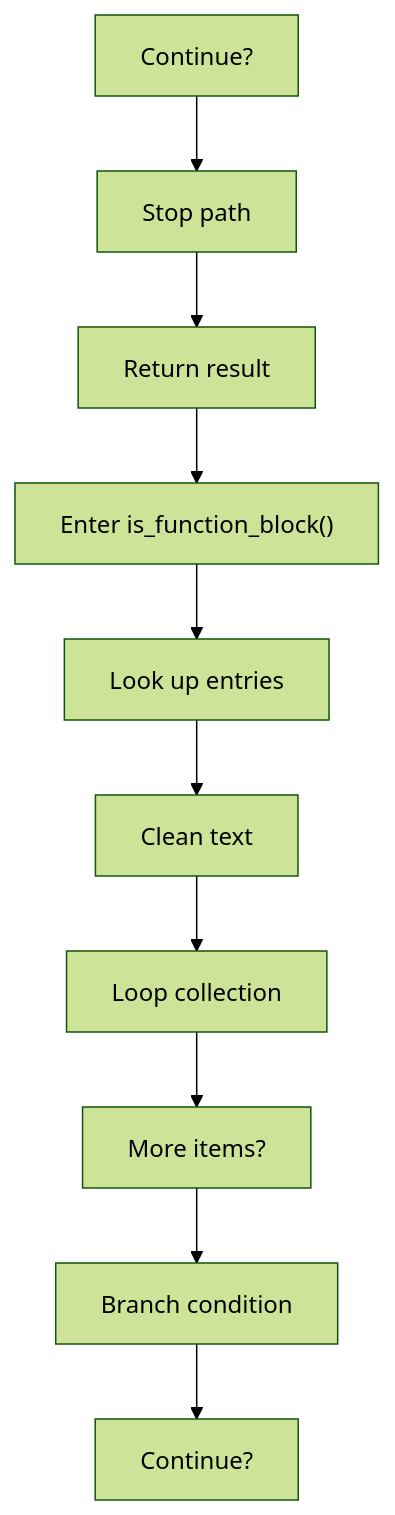
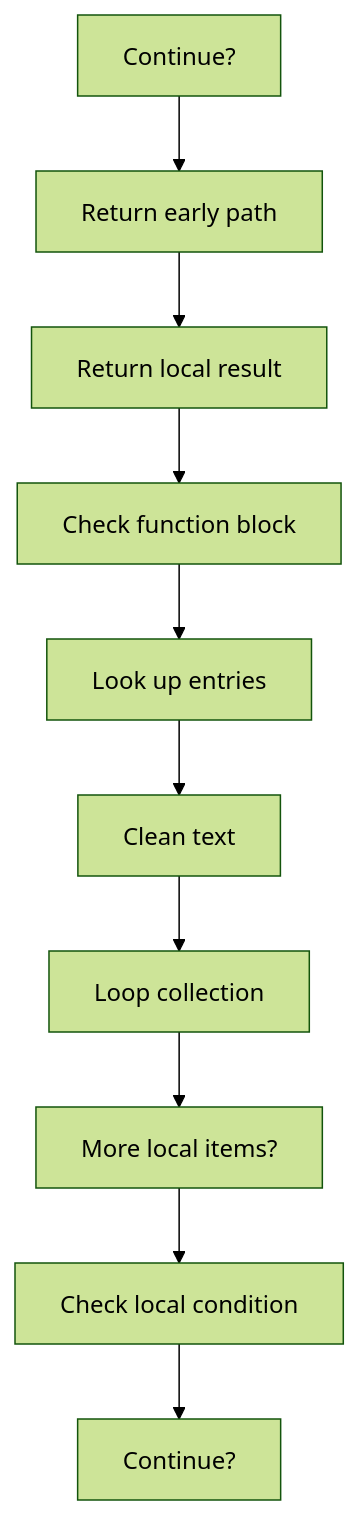
Before and after one commit to JohnAndrewBalbarosa/NeoTerritory: the seventh of 9 diagrams in docs/Codebase/Microservice/Modules/Source/Analysis/ImplementationUse/Resolution/Symbols/Resolve/Flow/symbols_utils_program_flow.cpp.md, drawn with Mermaid (forest theme). The commit also changed other lines of this file and 925 other files, not shown here.

````diff
--- a/docs/Codebase/Microservice/Modules/Source/Analysis/ImplementationUse/Resolution/Symbols/Resolve/Flow/symbols_utils_program_flow.cpp.md
+++ b/docs/Codebase/Microservice/Modules/Source/Analysis/ImplementationUse/Resolution/Symbols/Resolve/Flow/symbols_utils_program_flow.cpp.md
@@ -171,22 +171,22 @@
 ```mermaid
 flowchart TD
     N0["Continue?"]
-    N1["Stop path"]
-    N2["Return result"]
-    N3["Enter is_function_block()"]
+    N1["Return early path"]
+    N2["Return local result"]
+    N3["Check function block"]
     N4["Look up entries"]
     N5["Clean text"]
     N6["Loop collection"]
-    N7["More items?"]
-    N8["Branch condition"]
+    N7["More local items?"]
+    N8["Check local condition"]
     N9["Continue?"]
     N0 --> N1
     N1 --> N2
     N2 --> N3
     N3 --> N4
     N4 --> N5
     N5 --> N6
     N6 --> N7
     N7 --> N8
     N8 --> N9
 ```
````
